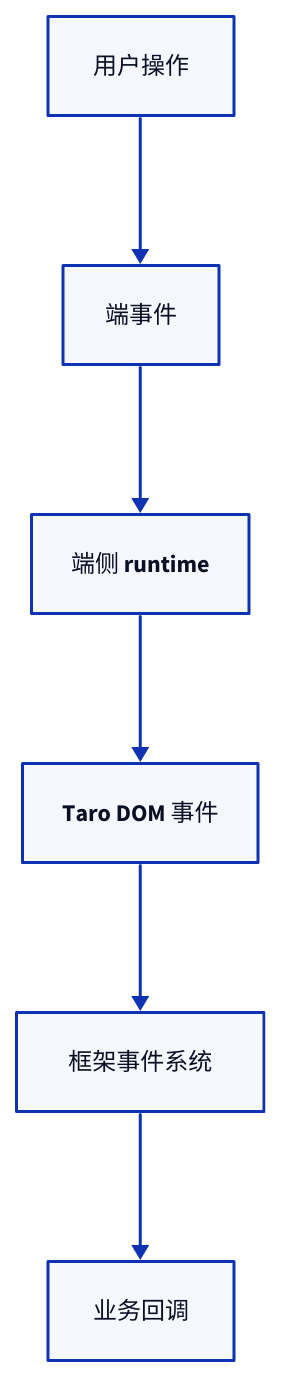
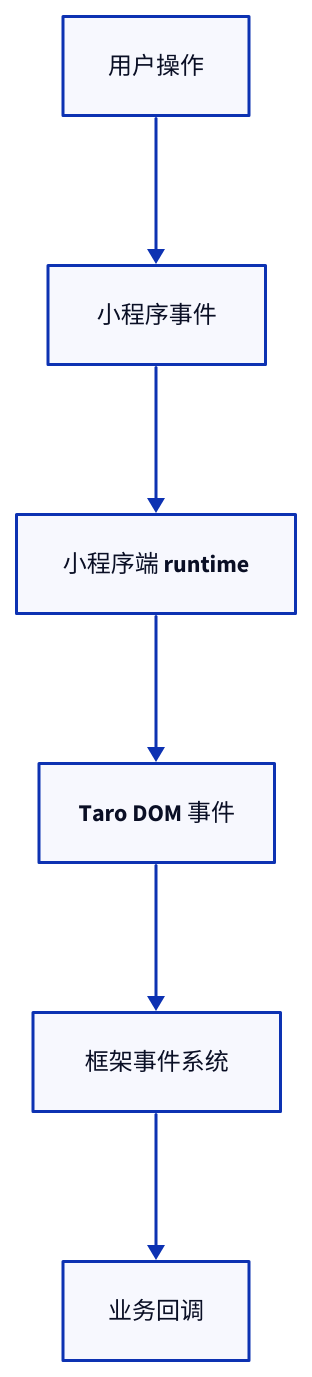
The tenth of 16 diagrams in apps/docs/experiences/微信小程序/Taro 原理与实践.md (youngluo/thinking), drawn with D2 before and after one commit. The commit also changed other lines of this file and 1 other file, not shown here.

````diff
--- a/apps/docs/experiences/微信小程序/Taro 原理与实践.md
+++ b/apps/docs/experiences/微信小程序/Taro 原理与实践.md
@@ -415,12 +391,12 @@
 ```d2
 direction: down
 
 user: 用户操作
-end_evt: 端事件
-end_rt: 端侧 runtime
+end_evt: 小程序事件
+end_rt: 小程序端 runtime
 taro_evt: Taro DOM 事件
 frm_evt: 框架事件系统
 handler: 业务回调
 
 user -> end_evt -> end_rt -> taro_evt -> frm_evt -> handler
 ```
````
